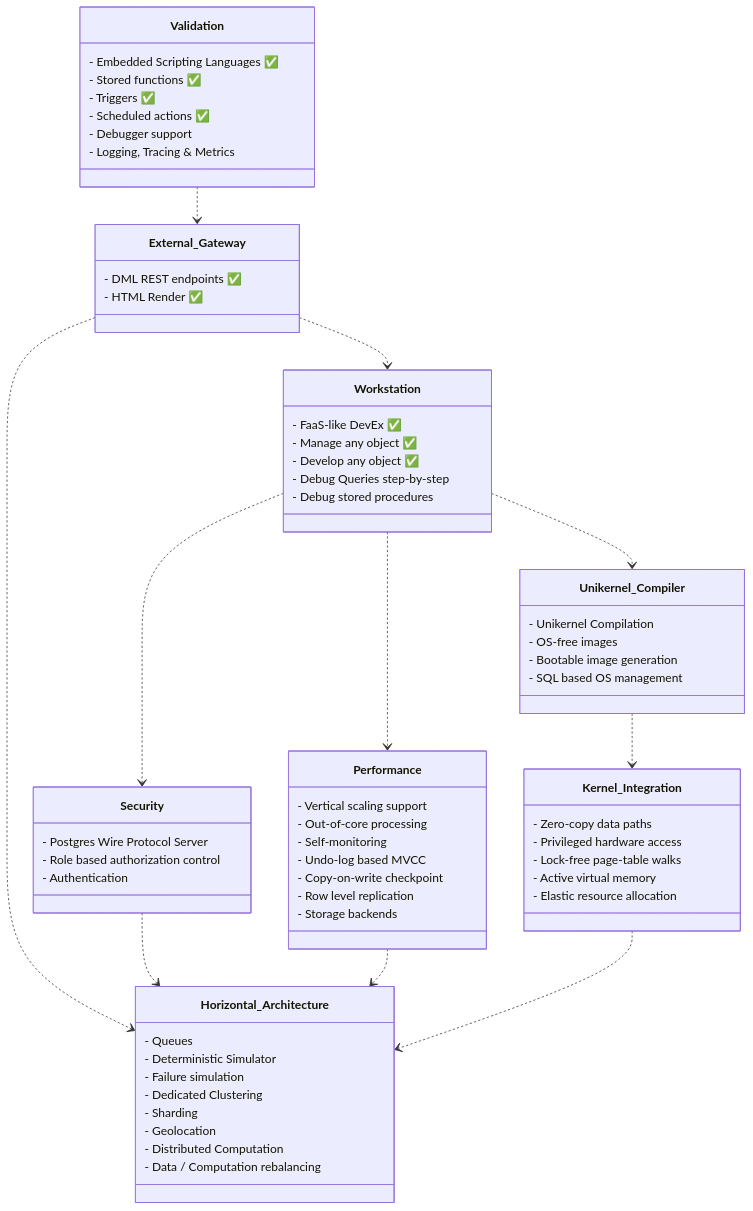
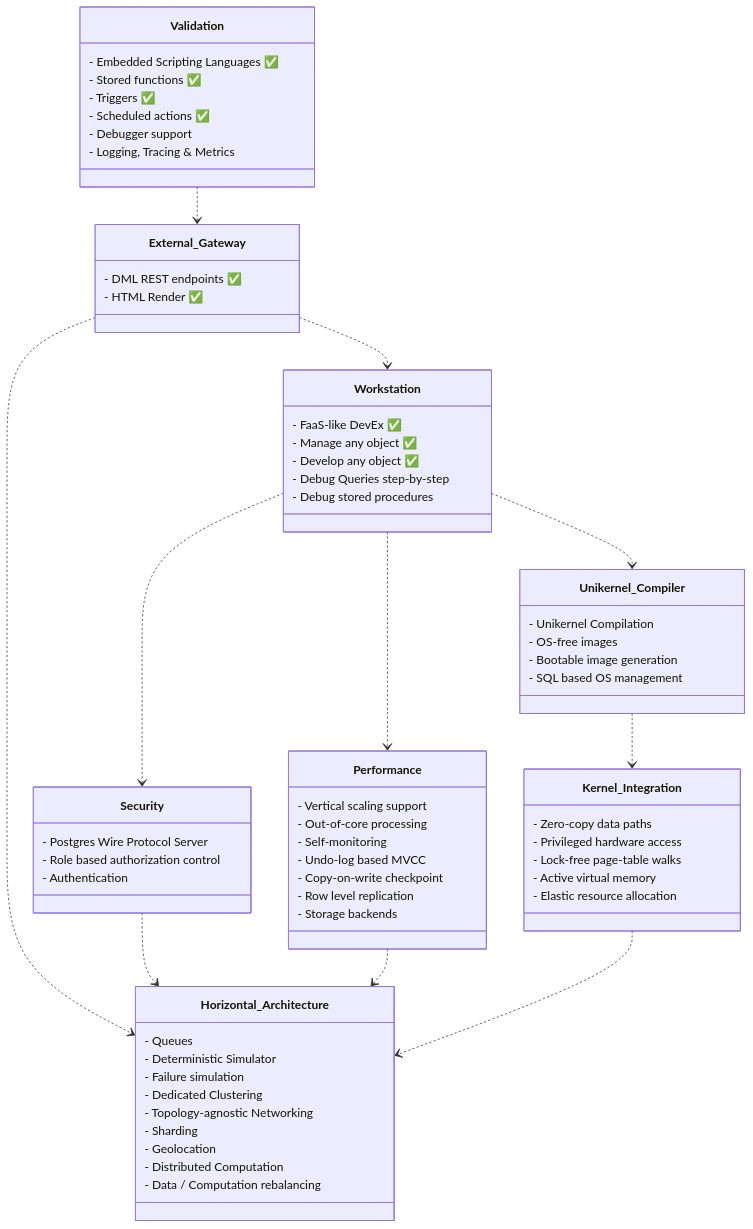
The diagram in docs/_docs/getting-started/roadmap.md (oxibase/oxibase), drawn with Mermaid before and after one commit. The commit also changed other lines of this file, not shown here.

Commit message:
docs(roadmap): add iroh for cluster networking and topology

````diff
--- a/docs/_docs/getting-started/roadmap.md
+++ b/docs/_docs/getting-started/roadmap.md
@@ -18,82 +18,83 @@
 ```mermaid
 classDiagram
     %% --- RELATIONSHIPS ---
     %% Use the short class names here, not "Layer.Class"
     Validation ..> External_Gateway
     External_Gateway ..> Workstation
 
     Workstation ..> Performance
     Workstation ..> Security
     Workstation ..> Unikernel_Compiler
 
     External_Gateway ..> Horizontal_Architecture
     Security ..> Horizontal_Architecture
     Performance ..> Horizontal_Architecture
 
     %% --- LAYERS & CLASS DEFINITIONS ---
 
     class Validation {
         - Embedded Scripting Languages ✅
         - Stored functions  ✅
         - Triggers  ✅
         - Scheduled actions  ✅
         - Debugger support
         - Logging, Tracing & Metrics
     }
     class External_Gateway {
         - DML REST endpoints  ✅
         - HTML Render  ✅
     }
     class Security {
         - Postgres Wire Protocol Server
         - Role based authorization control
         - Authentication
     }
     class Workstation {
         - FaaS-like DevEx ✅
           - Manage any object ✅
           - Develop any object ✅
         - Debug Queries step-by-step
         - Debug stored procedures
     }
 
     class Performance {
         - Vertical scaling support
         - Out-of-core processing
         - Self-monitoring
         - Undo-log based MVCC
         - Copy-on-write checkpoint
         - Row level replication
         - Storage backends
     }
 
     class Horizontal_Architecture {
         - Queues
         - Deterministic Simulator
         - Failure simulation
         - Dedicated Clustering
+        - Topology-agnostic Networking
         - Sharding
         - Geolocation
         - Distributed Computation
         - Data / Computation rebalancing
     }
 
     class Unikernel_Compiler {
         - Unikernel Compilation
         - OS-free images
         - Bootable image generation
         - SQL based OS management
     }
 
     class Kernel_Integration {
         - Zero-copy data paths
         - Privileged hardware access
         - Lock-free page-table walks
         - Active virtual memory
         - Elastic resource allocation
     }
 
     Unikernel_Compiler ..> Kernel_Integration
     Kernel_Integration ..> Horizontal_Architecture
 
 ```
````
